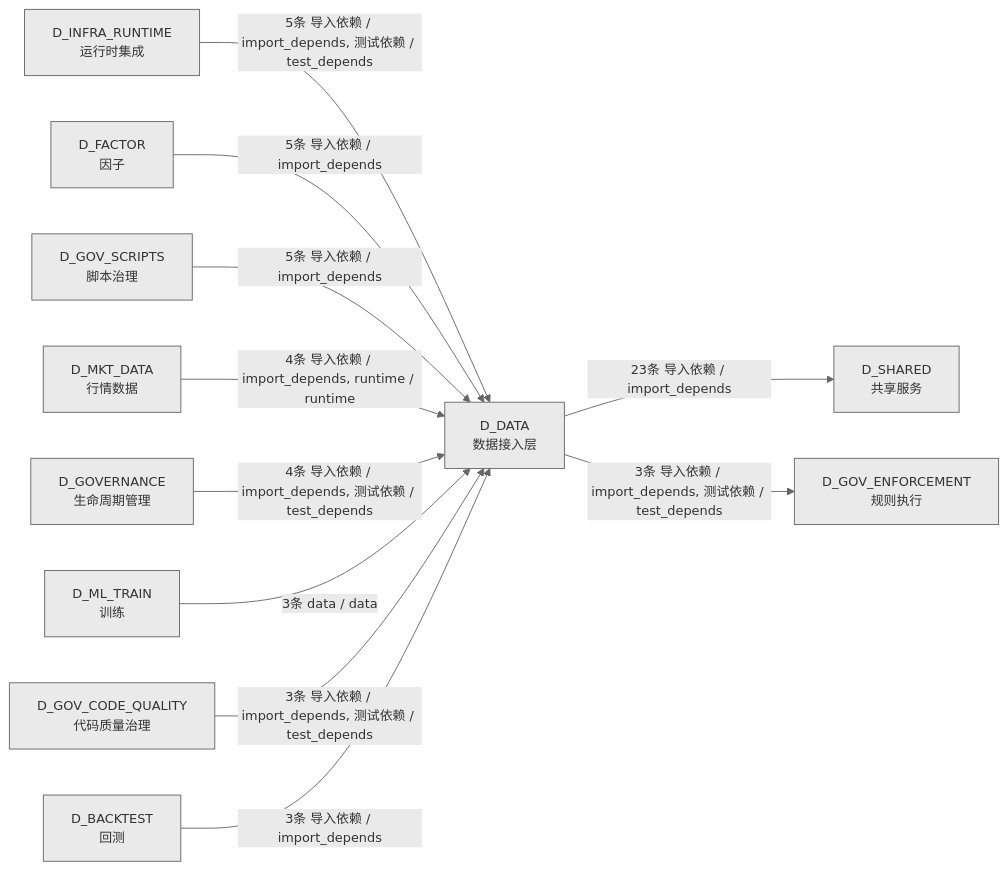
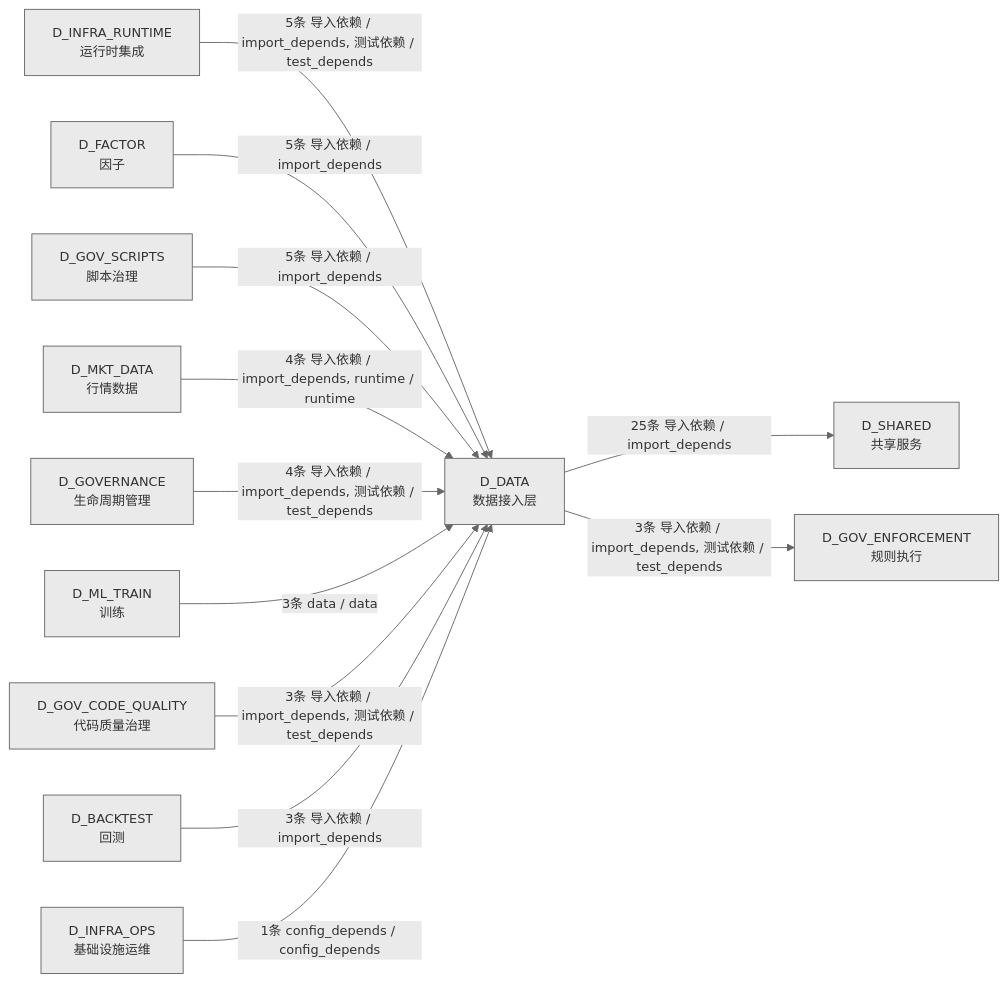
The fourth of 4 diagrams in docs/02_enterprise_architecture/02_domain_architecture_docs/11_d_data.md (xuanFelixVan/ZephyrAlpha), drawn with Mermaid before and after one commit. The commit also changed other lines of this file and 66 other files, not shown here.

````diff
--- a/docs/02_enterprise_architecture/02_domain_architecture_docs/11_d_data.md
+++ b/docs/02_enterprise_architecture/02_domain_architecture_docs/11_d_data.md
@@ -1420,25 +1424,27 @@
 ```mermaid
 %%{init: {'theme': 'base', 'themeVariables': {'primaryColor': '#eaeaea', 'primaryTextColor': '#333333', 'primaryBorderColor': '#666666', 'lineColor': '#666666', 'secondaryColor': '#eaeaea', 'tertiaryColor': '#eaeaea', 'fontSize': '14px'}}}%%
 graph LR
     D_DATA["D_DATA<br/>数据接入层"]
     D_SHARED["D_SHARED<br/>共享服务"]
     D_GOV_ENFORCEMENT["D_GOV_ENFORCEMENT<br/>规则执行"]
     D_INFRA_RUNTIME["D_INFRA_RUNTIME<br/>运行时集成"]
     D_FACTOR["D_FACTOR<br/>因子"]
     D_GOV_SCRIPTS["D_GOV_SCRIPTS<br/>脚本治理"]
     D_MKT_DATA["D_MKT_DATA<br/>行情数据"]
     D_GOVERNANCE["D_GOVERNANCE<br/>生命周期管理"]
     D_ML_TRAIN["D_ML_TRAIN<br/>训练"]
     D_GOV_CODE_QUALITY["D_GOV_CODE_QUALITY<br/>代码质量治理"]
     D_BACKTEST["D_BACKTEST<br/>回测"]
-    D_DATA -->|23条 导入依赖 / import_depends| D_SHARED
+    D_INFRA_OPS["D_INFRA_OPS<br/>基础设施运维"]
+    D_DATA -->|25条 导入依赖 / import_depends| D_SHARED
     D_DATA -->|3条 导入依赖 / import_depends, 测试依赖 / test_depends| D_GOV_ENFORCEMENT
     D_INFRA_RUNTIME -->|5条 导入依赖 / import_depends, 测试依赖 / test_depends| D_DATA
     D_FACTOR -->|5条 导入依赖 / import_depends| D_DATA
     D_GOV_SCRIPTS -->|5条 导入依赖 / import_depends| D_DATA
     D_MKT_DATA -->|4条 导入依赖 / import_depends, runtime / runtime| D_DATA
     D_GOVERNANCE -->|4条 导入依赖 / import_depends, 测试依赖 / test_depends| D_DATA
     D_ML_TRAIN -->|3条 data / data| D_DATA
     D_GOV_CODE_QUALITY -->|3条 导入依赖 / import_depends, 测试依赖 / test_depends| D_DATA
     D_BACKTEST -->|3条 导入依赖 / import_depends| D_DATA
+    D_INFRA_OPS -->|1条 config_depends / config_depends| D_DATA
 ```
````
